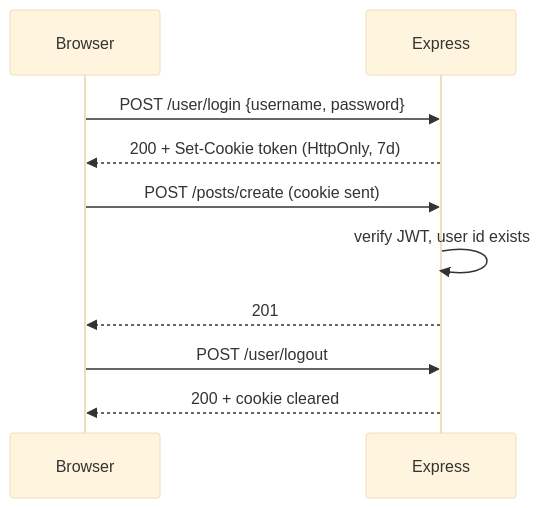
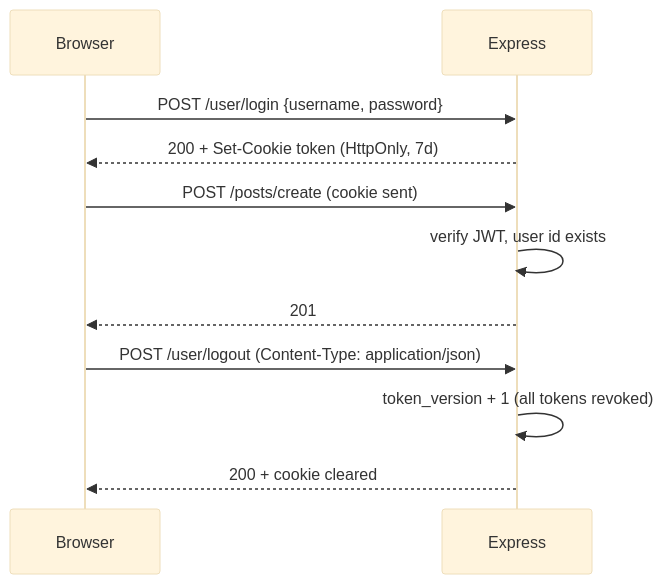
One commit to Thejas0604/blog-project changed the seventh of 8 diagrams in docs/architecture.md. Above: the diagram before and after it, drawn with Mermaid (base theme). The commit also changed other lines of this file and 34 other files, not shown here.

````diff
--- a/docs/architecture.md
+++ b/docs/architecture.md
@@ -146,12 +146,13 @@
 ```mermaid
 sequenceDiagram
   participant B as Browser
   participant S as Express
   B->>S: POST /user/login {username, password}
   S-->>B: 200 + Set-Cookie token (HttpOnly, 7d)
   B->>S: POST /posts/create (cookie sent)
   S->>S: verify JWT, user id exists
   S-->>B: 201
-  B->>S: POST /user/logout
+  B->>S: POST /user/logout (Content-Type: application/json)
+  S->>S: token_version + 1 (all tokens revoked)
   S-->>B: 200 + cookie cleared
 ```
````
